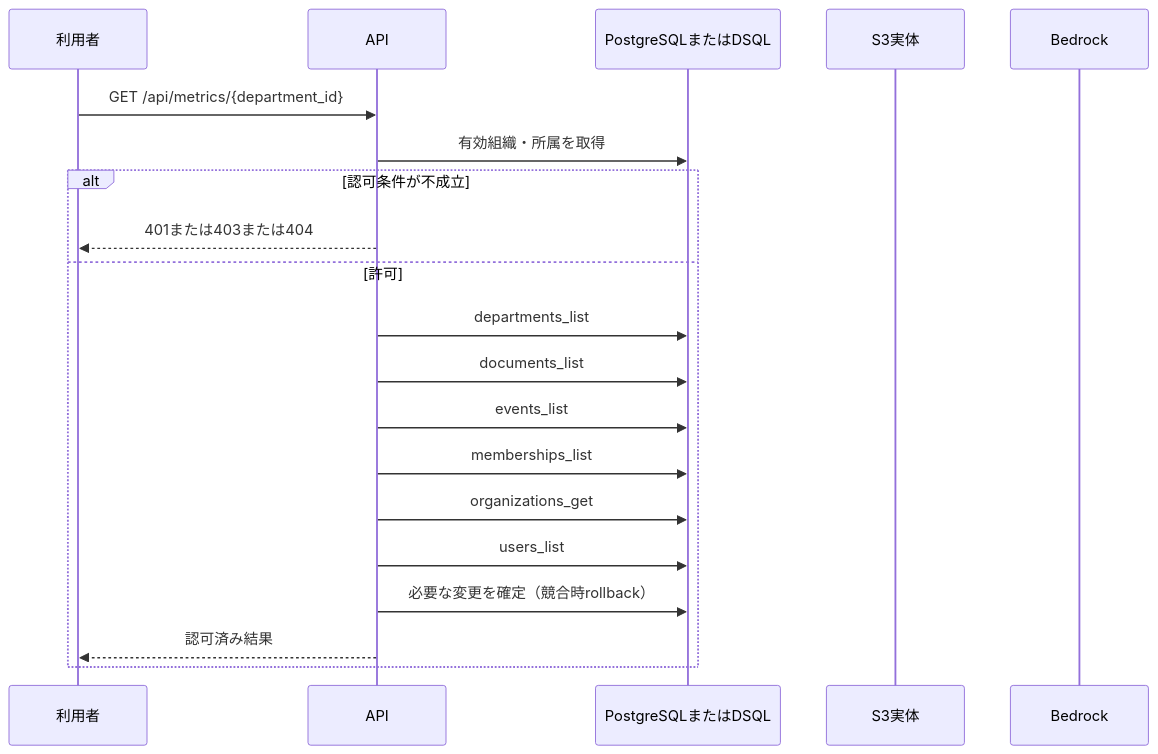
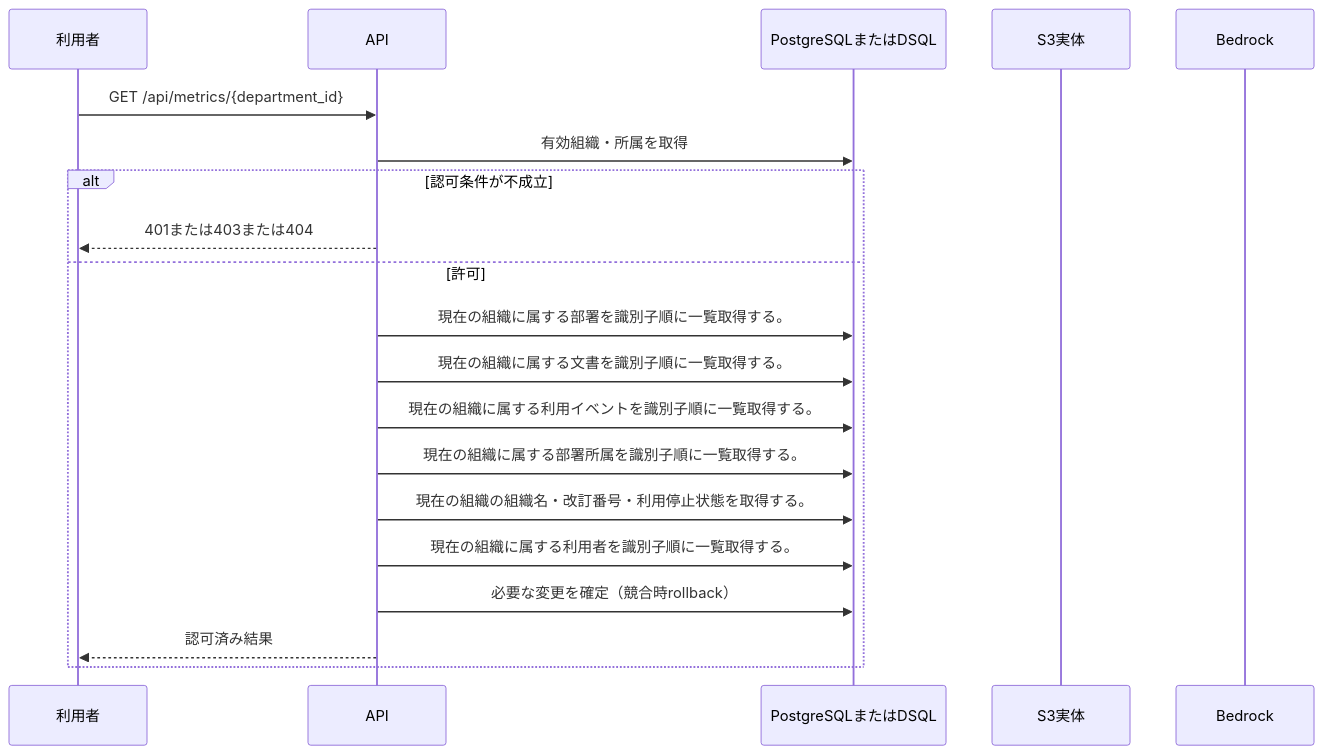
The diagram in docs/design/generated/api/metrics/department_metrics/sequence.md (tsuji-tomonori/KotoRelay), drawn with Mermaid before and after one commit. The commit also changed other lines of this file and 286 other files, not shown here.

````diff
--- a/docs/design/generated/api/metrics/department_metrics/sequence.md
+++ b/docs/design/generated/api/metrics/department_metrics/sequence.md
@@ -7,22 +7,22 @@
 ```mermaid
 sequenceDiagram
     participant U as 利用者
     participant A as API
     participant D as PostgreSQLまたはDSQL
     participant S as S3実体
     participant M as Bedrock
     U->>A: GET /api/metrics/{department_id}
     A->>D: 有効組織・所属を取得
     alt 認可条件が不成立
         A-->>U: 401または403または404
     else 許可
-        A->>D: departments_list
-        A->>D: documents_list
-        A->>D: events_list
-        A->>D: memberships_list
-        A->>D: organizations_get
-        A->>D: users_list
+        A->>D: 現在の組織に属する部署を識別子順に一覧取得する。
+        A->>D: 現在の組織に属する文書を識別子順に一覧取得する。
+        A->>D: 現在の組織に属する利用イベントを識別子順に一覧取得する。
+        A->>D: 現在の組織に属する部署所属を識別子順に一覧取得する。
+        A->>D: 現在の組織の組織名・改訂番号・利用停止状態を取得する。
+        A->>D: 現在の組織に属する利用者を識別子順に一覧取得する。
         A->>D: 必要な変更を確定（競合時rollback）
         A-->>U: 認可済み結果
     end
 ```
````
